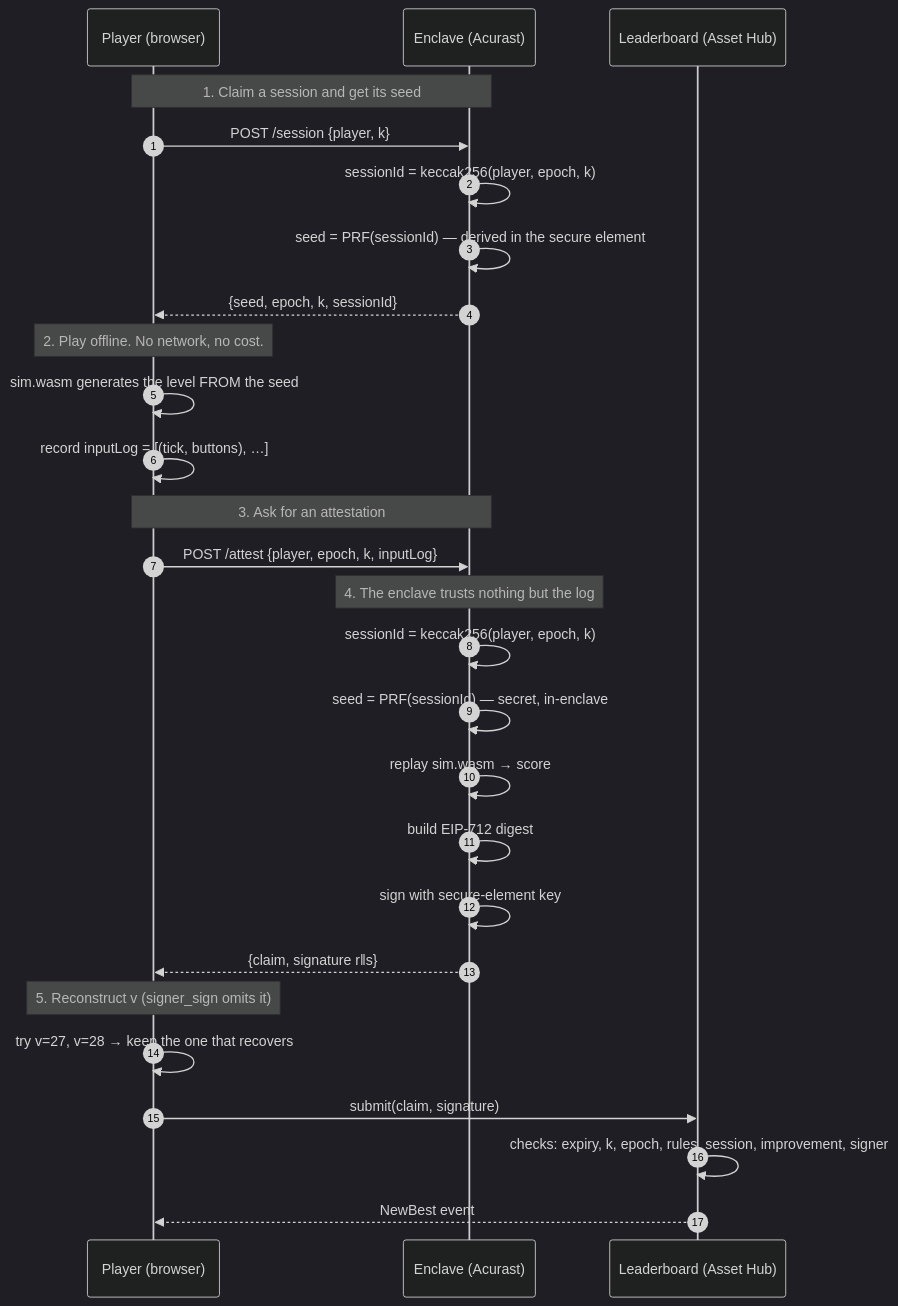
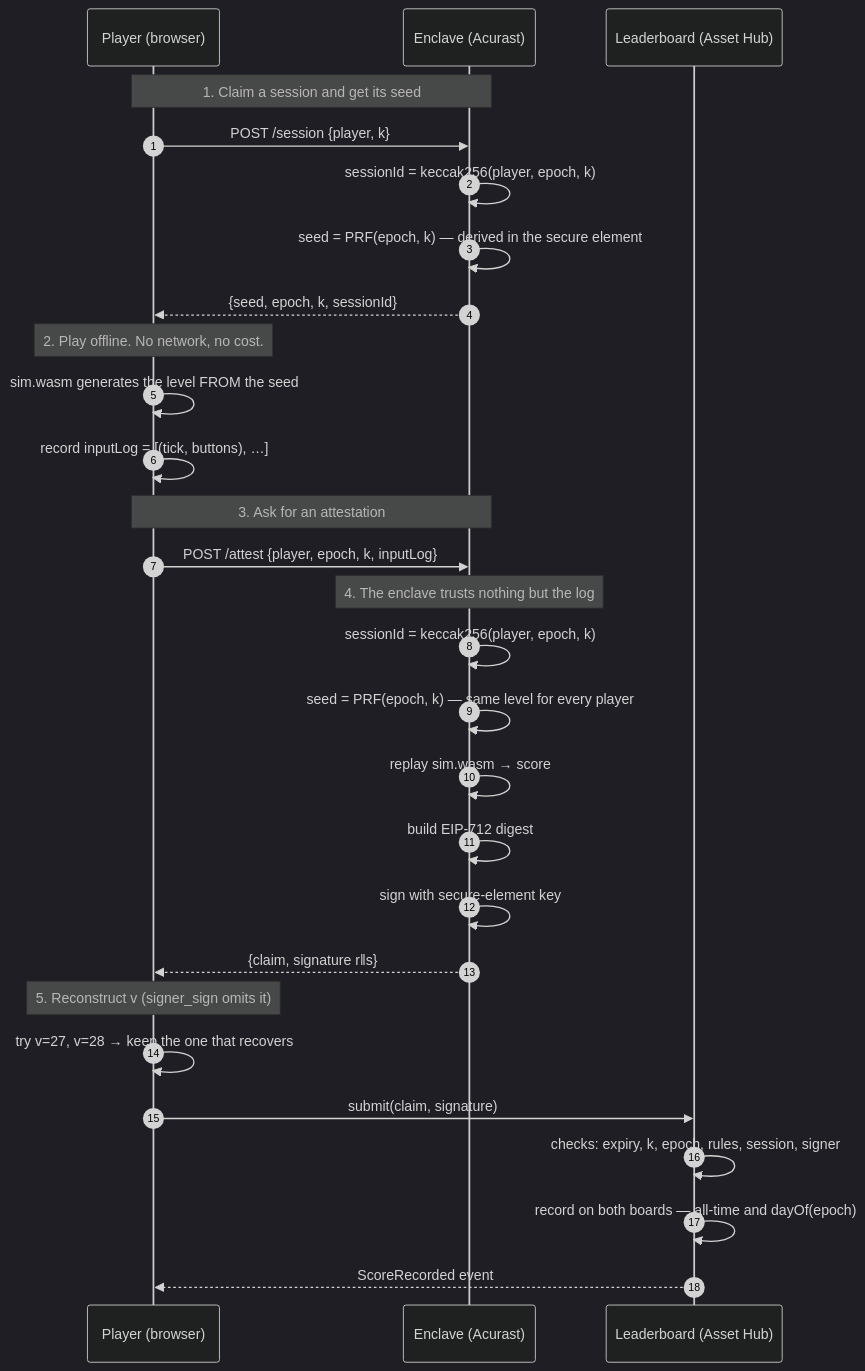
Before and after one commit to darwinsubramaniam/rainbow-polkadot: the second of 11 diagrams in docs/DEVELOPER-GUIDE.md, drawn with Mermaid (dark theme). The commit also changed other lines of this file and 49 other files, not shown here.

First line of the commit message:
Add daily boards, and pin the SDK so a score can actually land

````diff
--- a/docs/DEVELOPER-GUIDE.md
+++ b/docs/DEVELOPER-GUIDE.md
@@ -73,36 +73,37 @@
 ```mermaid
 sequenceDiagram
     autonumber
     participant P as Player (browser)
     participant E as Enclave (Acurast)
     participant L as Leaderboard (Asset Hub)
 
     Note over P,E: 1. Claim a session and get its seed
     P->>E: POST /session {player, k}
     E->>E: sessionId = keccak256(player, epoch, k)
-    E->>E: seed = PRF(sessionId) — derived in the secure element
+    E->>E: seed = PRF(epoch, k) — derived in the secure element
     E-->>P: {seed, epoch, k, sessionId}
 
     Note over P: 2. Play offline. No network, no cost.
     P->>P: sim.wasm generates the level FROM the seed
     P->>P: record inputLog = [(tick, buttons), …]
 
     Note over P,E: 3. Ask for an attestation
     P->>E: POST /attest {player, epoch, k, inputLog}
 
     Note over E: 4. The enclave trusts nothing but the log
     E->>E: sessionId = keccak256(player, epoch, k)
-    E->>E: seed = PRF(sessionId) — secret, in-enclave
+    E->>E: seed = PRF(epoch, k) — same level for every player
     E->>E: replay sim.wasm → score
     E->>E: build EIP-712 digest
     E->>E: sign with secure-element key
 
     E-->>P: {claim, signature r‖s}
 
     Note over P: 5. Reconstruct v (signer_sign omits it)
     P->>P: try v=27, v=28 → keep the one that recovers
 
     P->>L: submit(claim, signature)
-    L->>L: checks: expiry, k, epoch, rules, session, improvement, signer
-    L-->>P: NewBest event
+    L->>L: checks: expiry, k, epoch, rules, session, signer
+    L->>L: record on both boards — all-time and dayOf(epoch)
+    L-->>P: ScoreRecorded event
 ```
````
